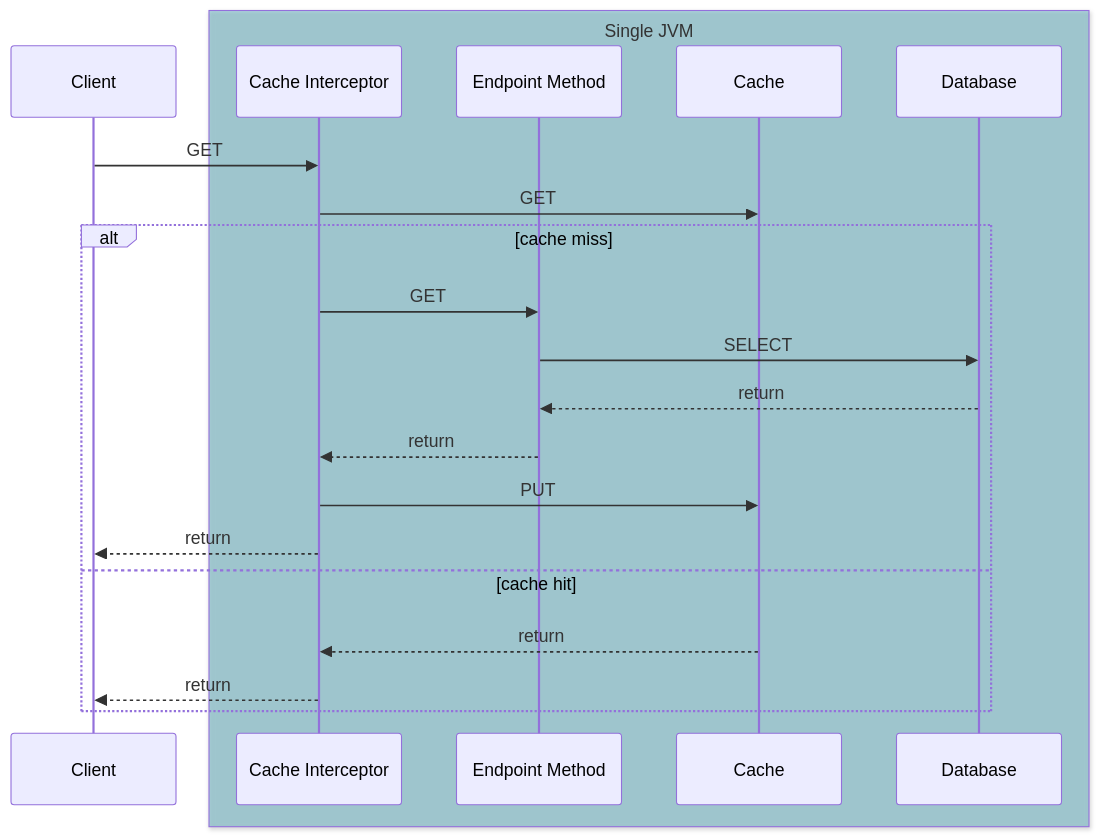
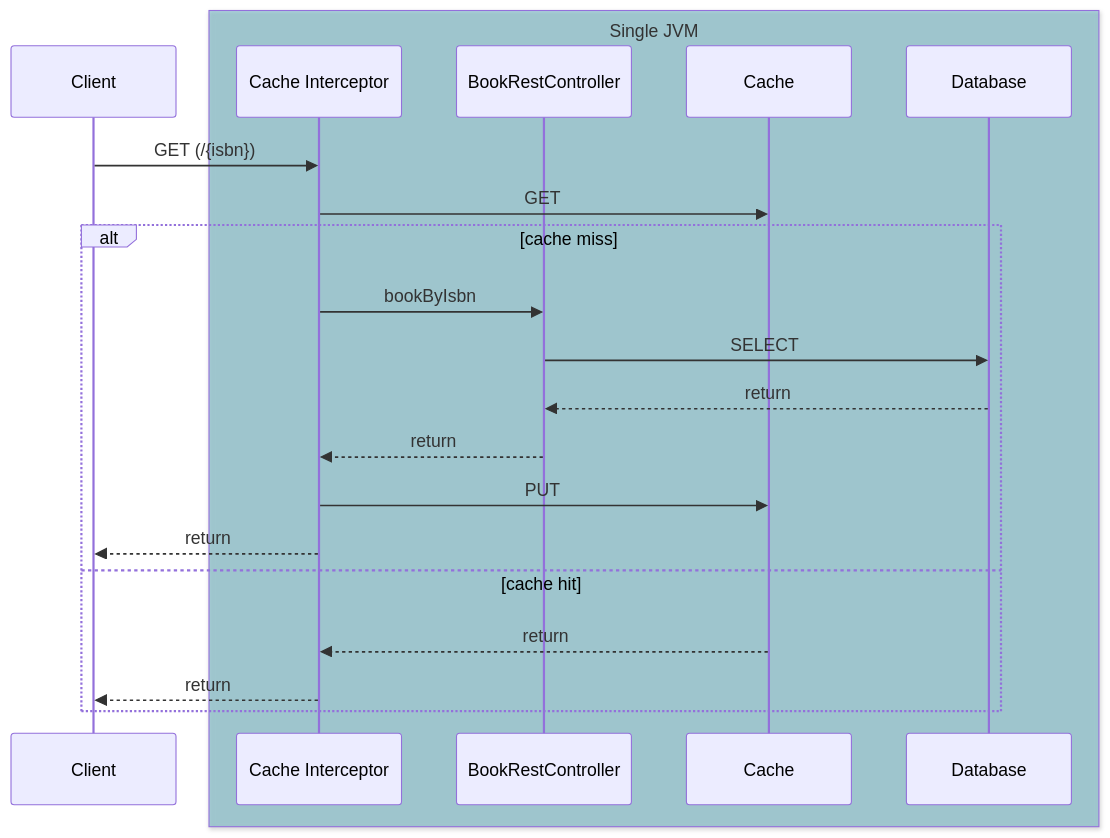
Before and after one commit to emacdona/onlispBookClub: the second of 6 diagrams in projects/blog/_posts/2024-06-25-spring-cacheable.markdown, drawn with Mermaid. The commit also changed other lines of this file, not shown here.

Commit message:
Updated second sequence diagram (more detailed)

````diff
--- a/projects/blog/_posts/2024-06-25-spring-cacheable.markdown
+++ b/projects/blog/_posts/2024-06-25-spring-cacheable.markdown
@@ -201,23 +201,23 @@
 ```mermaid!
 sequenceDiagram
     participant B as Client
     box rgba(98, 175, 192, 0.5) Single JVM
     participant CI as Cache Interceptor
-    participant EM as Endpoint Method
+    participant EM as BookRestController
         participant C as Cache
     participant DB as Database
     end
-    B->>CI: GET
+    B->>CI: GET (/{isbn})
     CI->>C: GET
     alt cache miss
-        CI->>EM: GET
+        CI->>EM: bookByIsbn
         EM->>DB:SELECT
         DB-->>EM: return
         EM-->>CI: return
         CI->>C: PUT
         CI-->>B: return
     else cache hit
         C-->>CI: return
         CI-->>B: return
         end
 ```
````
